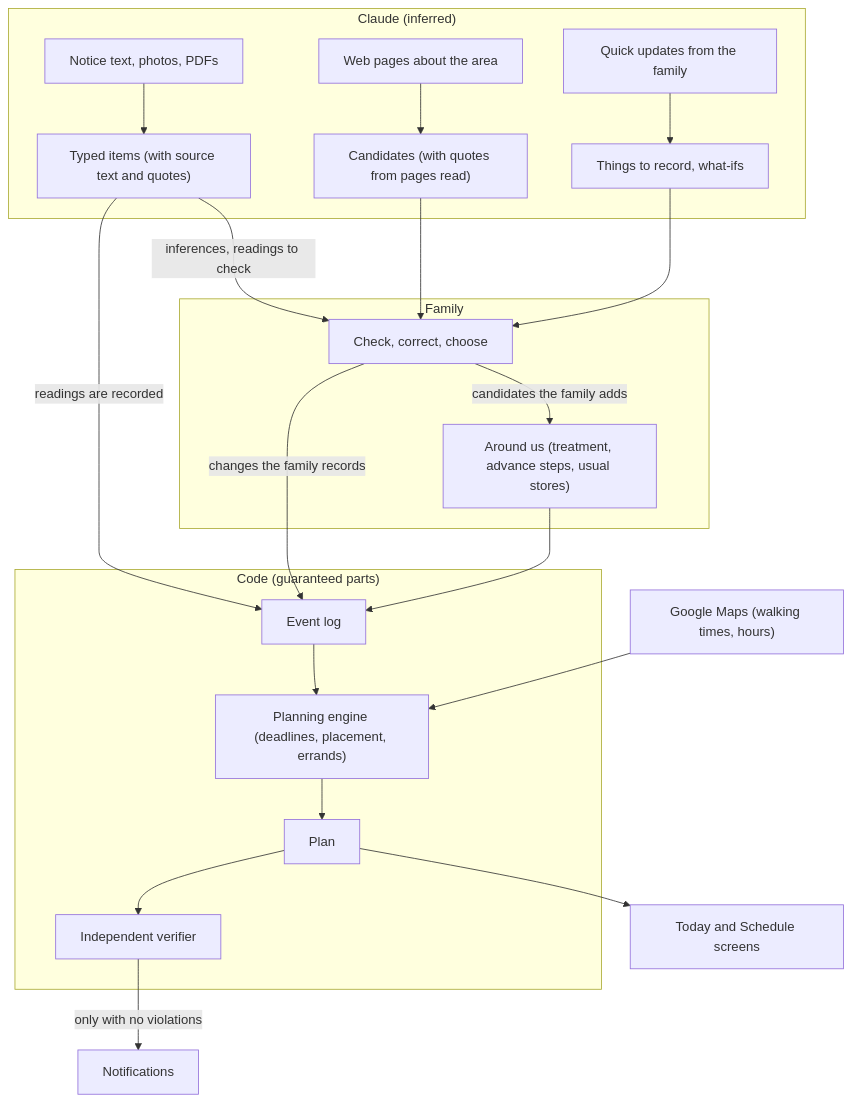
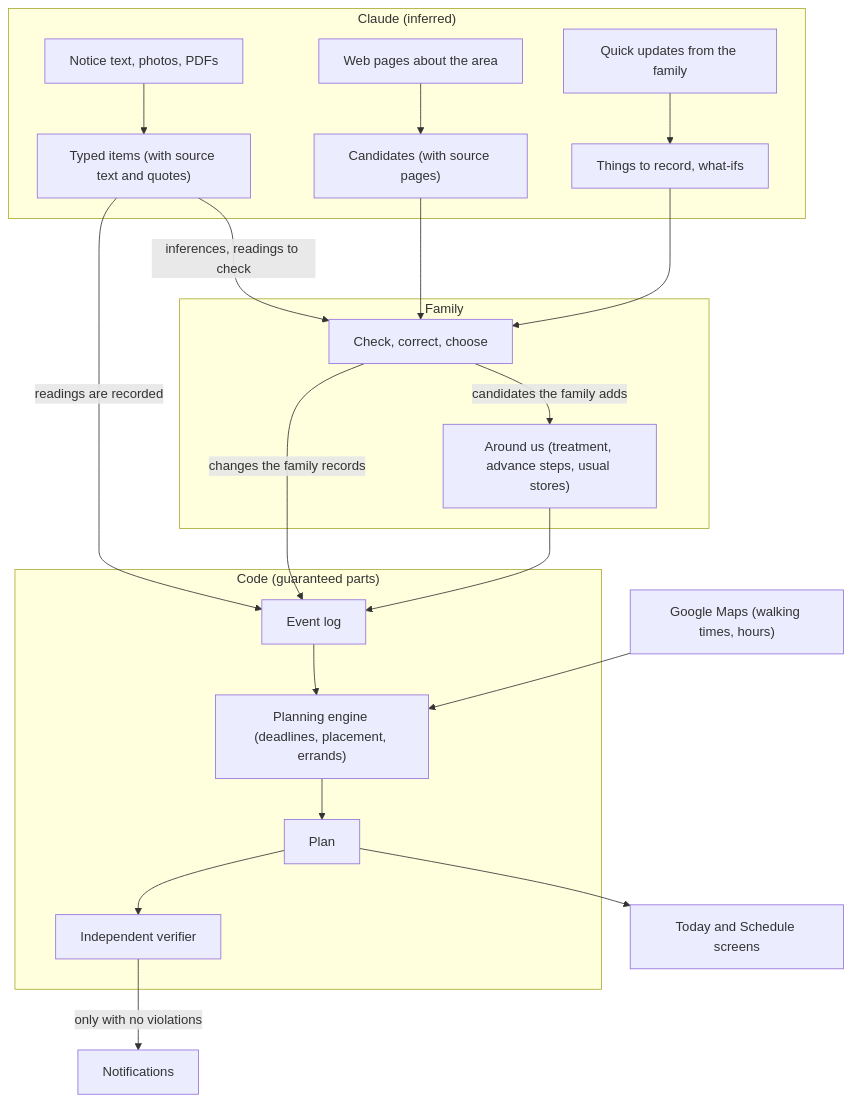
Before and after one commit to ChesterRa/maniau: the diagram in README.en.md, drawn with Mermaid. The commit also changed other lines of this file and 18 other files, not shown here.

````diff
--- a/README.en.md
+++ b/README.en.md
@@ -61,27 +61,27 @@
 ```mermaid
 flowchart TB
   subgraph sgClaude["Claude (inferred)"]
     notice["Notice text, photos, PDFs"] --> facts["Typed items (with source text and quotes)"]
-    around["Web pages about the area"] --> cands["Candidates (with quotes from pages read)"]
+    around["Web pages about the area"] --> cands["Candidates (with source pages)"]
     said["Quick updates from the family"] --> drafts["Things to record, what-ifs"]
   end
   subgraph sgFamily["Family"]
     confirm["Check, correct, choose"]
     res["Around us (treatment, advance steps, usual stores)"]
   end
   subgraph sgCode["Code (guaranteed parts)"]
     log["Event log"] --> engine["Planning engine (deadlines, placement, errands)"]
     engine --> plan["Plan"]
     plan --> verify["Independent verifier"]
   end
   facts -->|readings are recorded| log
   facts -->|inferences, readings to check| confirm
   cands --> confirm
   drafts --> confirm
   confirm -->|candidates the family adds| res
   confirm -->|changes the family records| log
   res --> log
   maps["Google Maps (walking times, hours)"] --> engine
   plan --> today["Today and Schedule screens"]
   verify -->|only with no violations| push["Notifications"]
 ```
````
